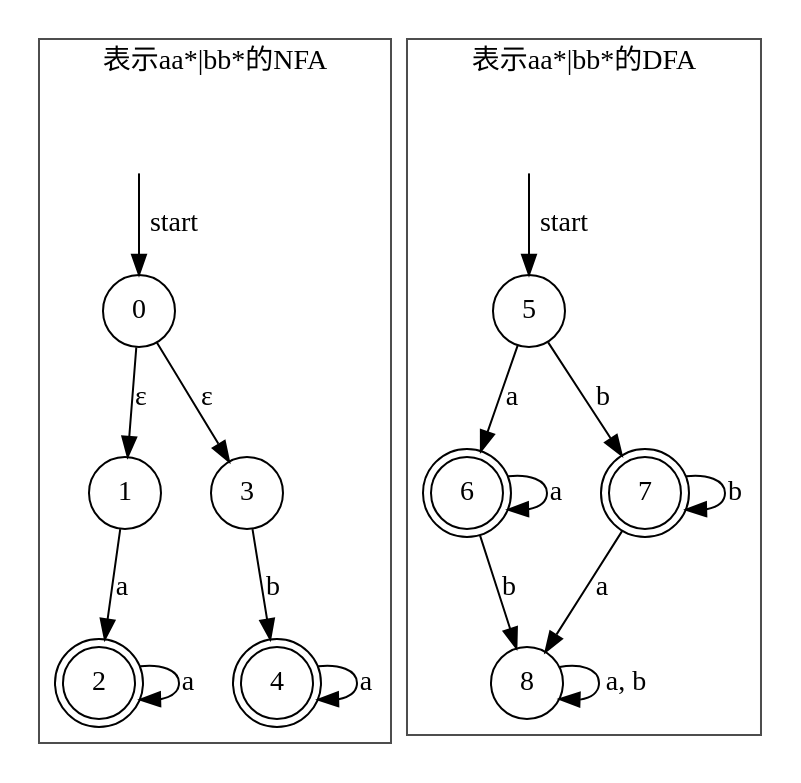
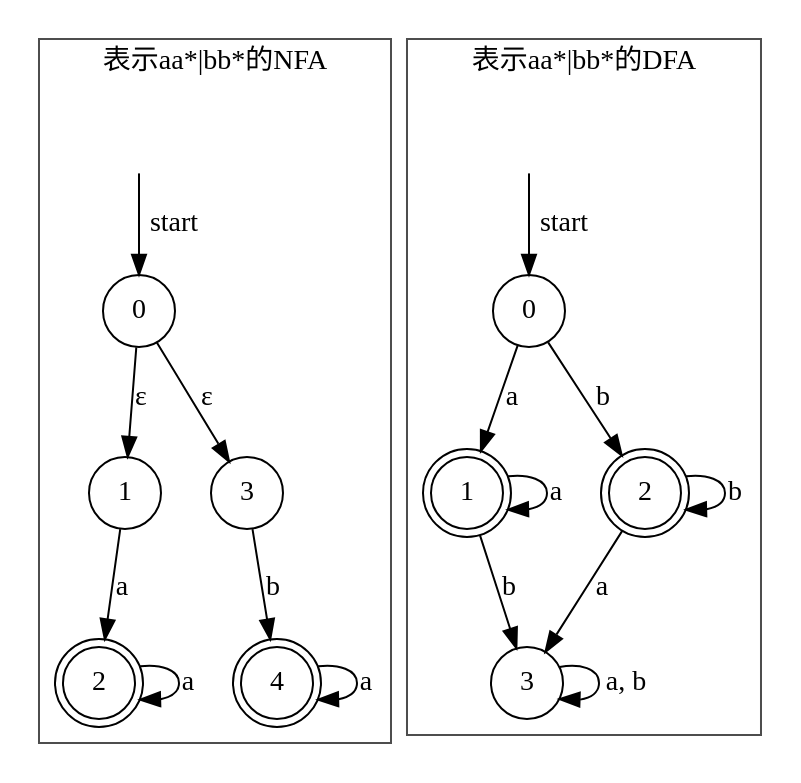
The diagram in source/_posts/lexical-analyzer.md (huangsunyang/huangsunyang.github.io), drawn with Graphviz before and after one commit.

Commit message:
修改graphviz label名

````diff
--- a/source/_posts/lexical-analyzer.md
+++ b/source/_posts/lexical-analyzer.md
@@ -51,34 +51,38 @@
 ```graphviz
 digraph G {
     node [shape = doublecircle];
     2, 4, 6, 7;
     node [shape = circle];
 
     subgraph cluster_0 {
         color=gray30;
         s [label="", shape=none];
         s -> 0 [label=start];
         0 -> 1 [label=ε];
         0 -> 3 [label=ε];
         1 -> 2 [label=a];
         3 -> 4 [label=b];
         2 -> 2 [label=a];
         4 -> 4 [label=a];
         label = "表示aa\*|bb\*的NFA";
     }
 
     subgraph cluster_1 {
         color=gray30;
         t [label="", shape=none];
         t -> 5 [label=start];
         5 -> 6 [label=a];
         5 -> 7 [label=b];
         6 -> 6 [label=a];
         7 -> 7 [label=b];
         6 -> 8 [label=b];
         7 -> 8 [label=a];
         8 -> 8 [label="a, b"];
+        5 [label=0];
+        6 [label=1];
+        7 [label=2];
+        8 [label=3];
         label = "表示aa\*|bb\*的DFA";
     }
 }
 ```
````
